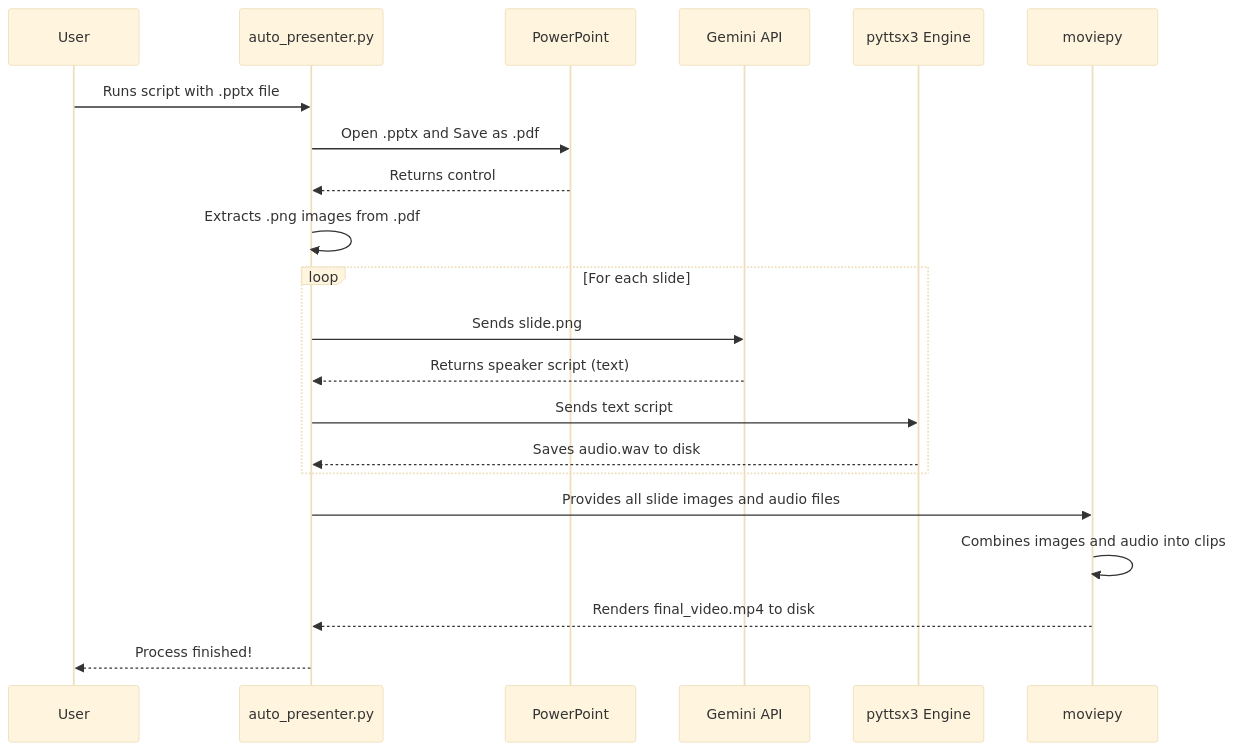
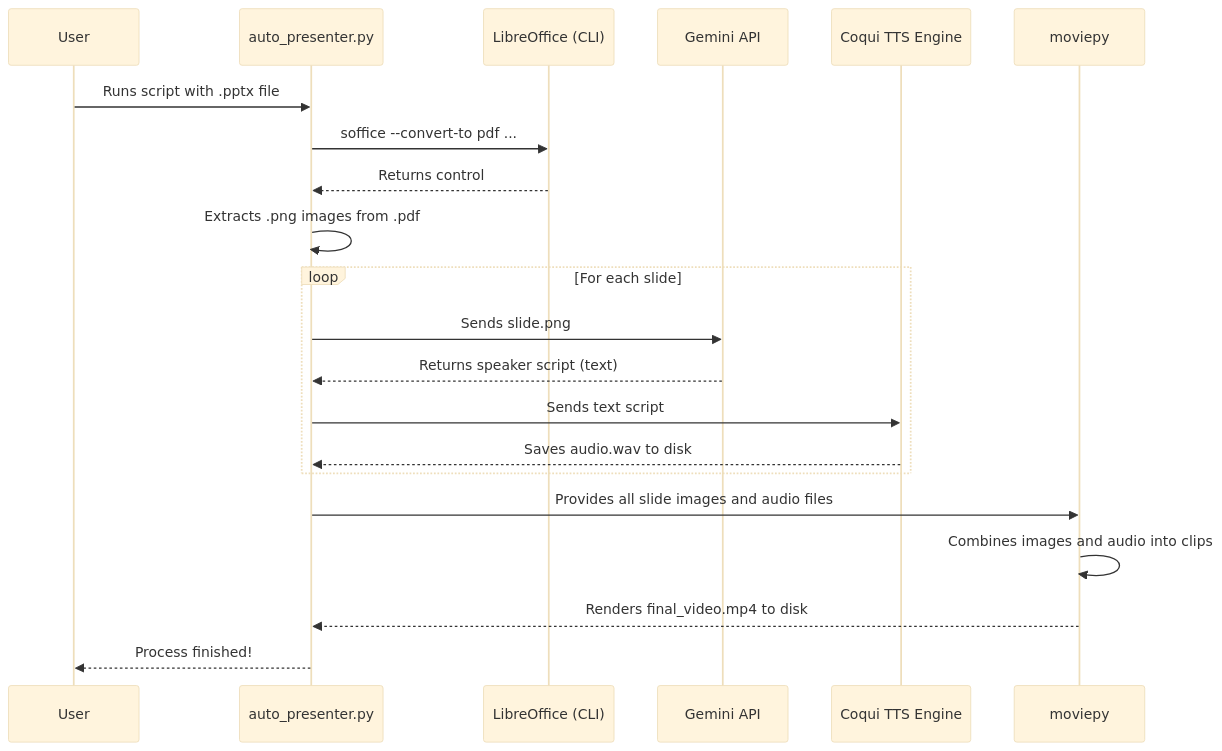
Before and after one commit to danielcregg/powerpoint-to-video: the second of 2 diagrams in README.md, drawn with Mermaid (base theme). The commit also changed other lines of this file, not shown here.

````diff
--- a/README.md
+++ b/README.md
@@ -105,26 +92,26 @@
 ```mermaid
 sequenceDiagram
     participant User
     participant Script as auto_presenter.py
-    participant PowerPoint
+    participant LibreOffice (CLI)
     participant Gemini API
-    participant pyttsx3 Engine
+    participant Coqui TTS Engine
     participant moviepy
 
     User->>Script: Runs script with .pptx file
-    Script->>PowerPoint: Open .pptx and Save as .pdf
-    PowerPoint-->>Script: Returns control
+    Script->>LibreOffice (CLI): soffice --convert-to pdf ...
+    LibreOffice (CLI)-->>Script: Returns control
     Script->>Script: Extracts .png images from .pdf
     
     loop For each slide
         Script->>Gemini API: Sends slide.png
         Gemini API-->>Script: Returns speaker script (text)
-        Script->>pyttsx3 Engine: Sends text script
-        pyttsx3 Engine-->>Script: Saves audio.wav to disk
+        Script->>Coqui TTS Engine: Sends text script
+        Coqui TTS Engine-->>Script: Saves audio.wav to disk
     end
 
     Script->>moviepy: Provides all slide images and audio files
     moviepy->>moviepy: Combines images and audio into clips
     moviepy-->>Script: Renders final_video.mp4 to disk
     Script-->>User: Process finished!
 ```
````
